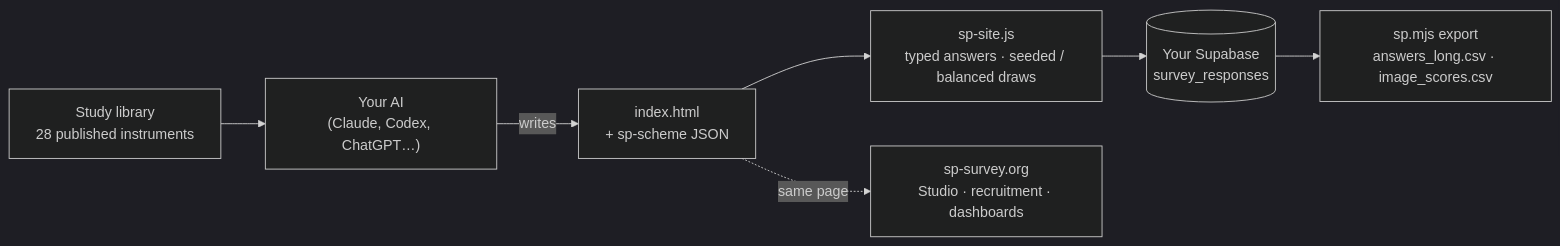
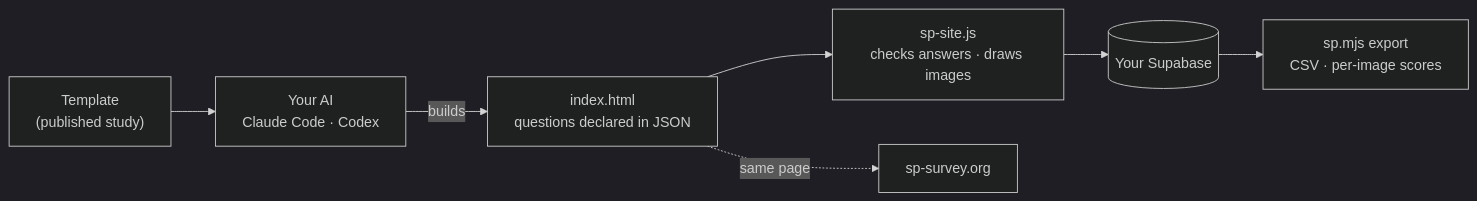
One commit to Sijie-Yang/SP-Survey changed the diagram in README.md. Above: the diagram before and after it, drawn with Mermaid (dark theme). The commit also changed other lines of this file and 10 other files, not shown here.

First line of the commit message:
Frame the kit as SP-Survey itself: your AI builds the survey, it runs on your server

````diff
--- a/README.md
+++ b/README.md
@@ -77,9 +71,9 @@
 ```mermaid
 flowchart LR
-  A["Your AI<br/>(Claude, Codex, ChatGPT…)"] -->|writes| P["index.html<br/>+ sp-scheme JSON"]
-  L["Study library<br/>28 published instruments"] --> A
-  P --> R["sp-site.js<br/>typed answers · seeded / balanced draws"]
-  R --> S[("Your Supabase<br/>survey_responses")]
-  P -.same page.-> H["sp-survey.org<br/>Studio · recruitment · dashboards"]
-  S --> E["sp.mjs export<br/>answers_long.csv · image_scores.csv"]
+  T["Template<br/>(published study)"] --> A["Your AI<br/>Claude Code · Codex"]
+  A -->|builds| P["index.html<br/>questions declared in JSON"]
+  P --> R["sp-site.js<br/>checks answers · draws images"]
+  R --> S[("Your Supabase")]
+  S --> E["sp.mjs export<br/>CSV · per-image scores"]
+  P -.same page.-> H["sp-survey.org"]
 ```
````
